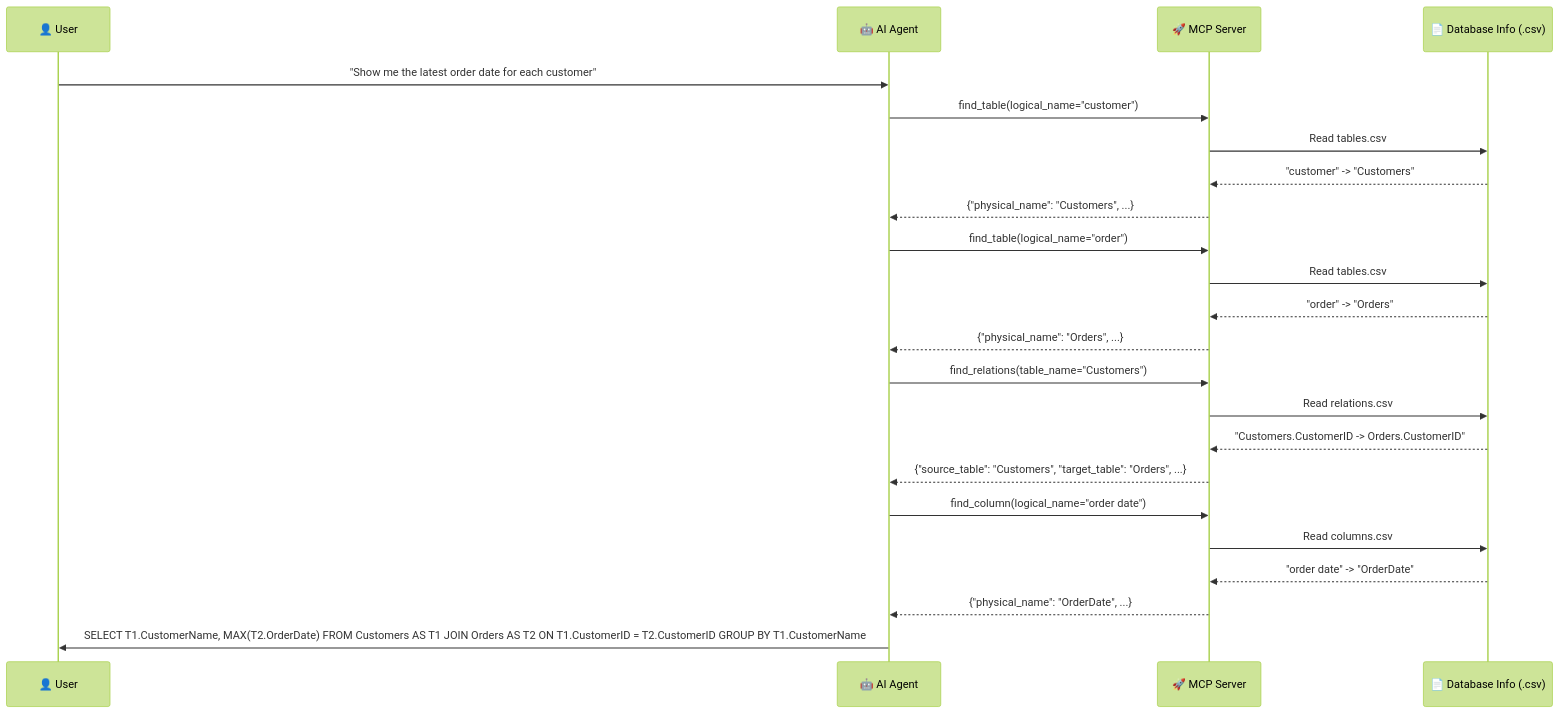
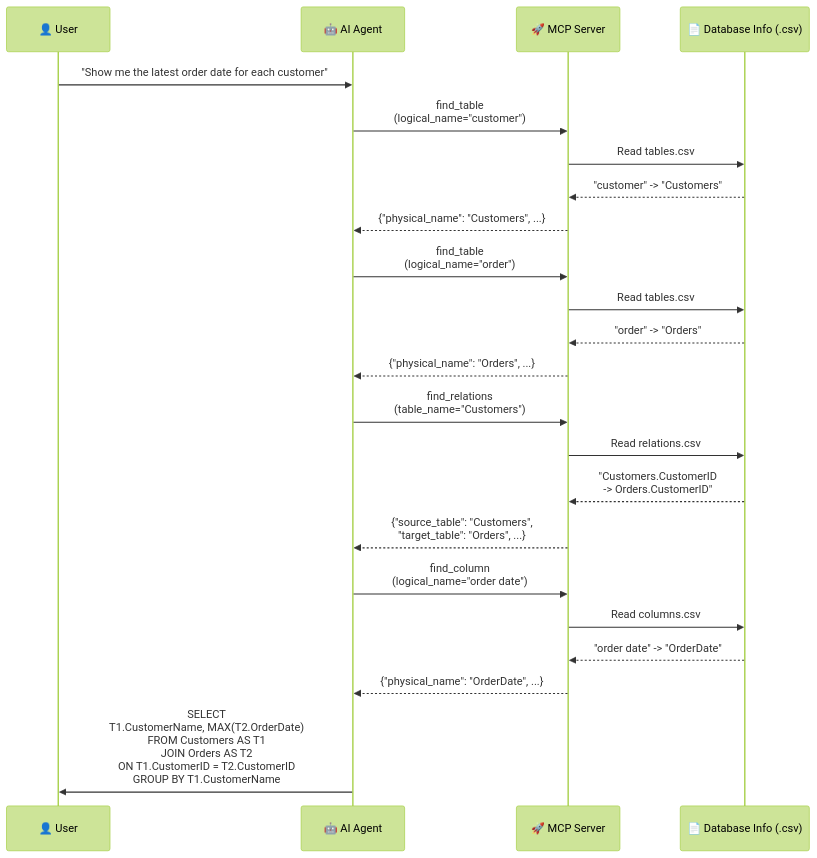
One commit to yt3trees/SqlSchemaBridgeMCP changed the second of 2 diagrams in README.md. Above: the diagram before and after it, drawn with Mermaid (forest theme). The commit also changed 1 other file, not shown here.

Commit message:
fix: README.md

````diff
--- a/README.md
+++ b/README.md
@@ -72,26 +72,26 @@
 ```mermaid
 sequenceDiagram
     participant User as 👤 User
     participant Agent as 🤖 AI Agent
     participant MCPServer as 🚀 MCP Server
     participant DBInfo as 📄 Database Info (.csv)
 
     User->>Agent: "Show me the latest order date for each customer"
-    Agent->>MCPServer: find_table(logical_name="customer")
+    Agent->>MCPServer: find_table<br>(logical_name="customer")
     MCPServer->>DBInfo: Read tables.csv
     DBInfo-->>MCPServer: "customer" -> "Customers"
     MCPServer-->>Agent: {"physical_name": "Customers", ...}
-    Agent->>MCPServer: find_table(logical_name="order")
+    Agent->>MCPServer: find_table<br>(logical_name="order")
     MCPServer->>DBInfo: Read tables.csv
     DBInfo-->>MCPServer: "order" -> "Orders"
     MCPServer-->>Agent: {"physical_name": "Orders", ...}
-    Agent->>MCPServer: find_relations(table_name="Customers")
+    Agent->>MCPServer: find_relations<br>(table_name="Customers")
     MCPServer->>DBInfo: Read relations.csv
-    DBInfo-->>MCPServer: "Customers.CustomerID -> Orders.CustomerID"
-    MCPServer-->>Agent: {"source_table": "Customers", "target_table": "Orders", ...}
-    Agent->>MCPServer: find_column(logical_name="order date")
+    DBInfo-->>MCPServer: "Customers.CustomerID <br>-> Orders.CustomerID"
+    MCPServer-->>Agent: {"source_table": "Customers", <br>"target_table": "Orders", ...}
+    Agent->>MCPServer: find_column<br>(logical_name="order date")
     MCPServer->>DBInfo: Read columns.csv
     DBInfo-->>MCPServer: "order date" -> "OrderDate"
     MCPServer-->>Agent: {"physical_name": "OrderDate", ...}
-    Agent->>User: SELECT T1.CustomerName, MAX(T2.OrderDate) FROM Customers AS T1 JOIN Orders AS T2 ON T1.CustomerID = T2.CustomerID GROUP BY T1.CustomerName;
+    Agent->>User: SELECT <br>T1.CustomerName, MAX(T2.OrderDate)<br>FROM Customers AS T1 <br> JOIN Orders AS T2 <br>ON T1.CustomerID = T2.CustomerID <br>GROUP BY T1.CustomerName;
 ```
````
